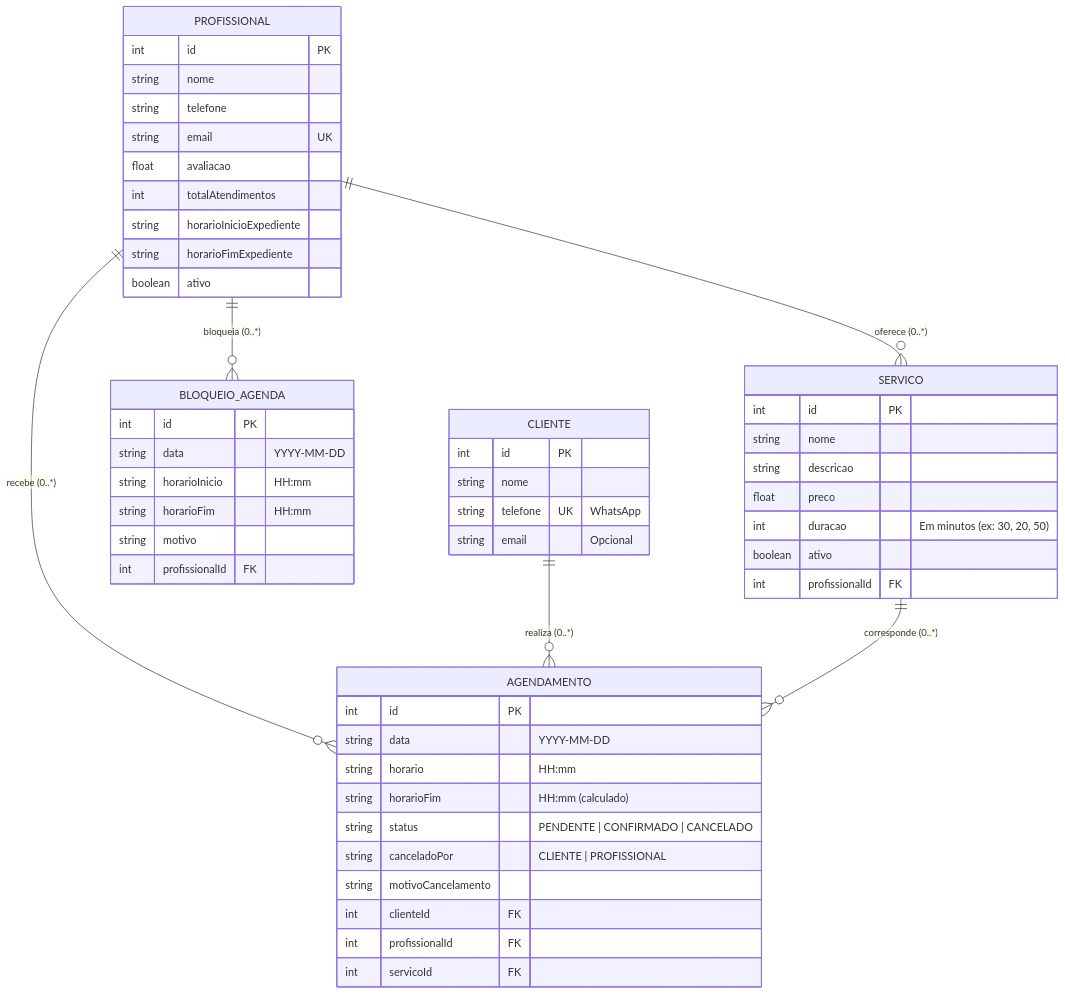
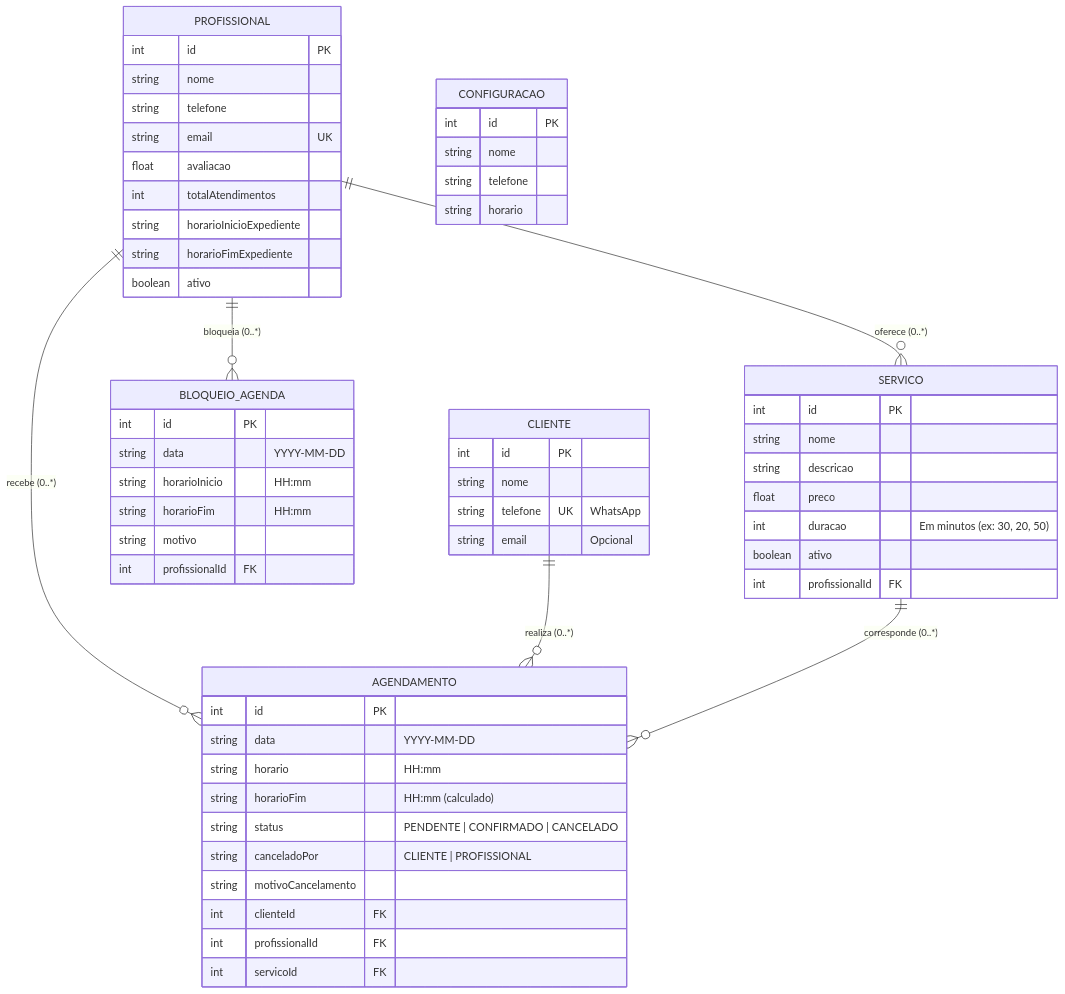
Before and after one commit to LuanZedo/Sistema_de_Agendamento: the diagram in backend/README.md, drawn with Mermaid. The commit also changed other lines of this file and 10 other files, not shown here.

````diff
--- a/backend/README.md
+++ b/backend/README.md
@@ -291,59 +310,66 @@
 ```mermaid
 erDiagram
     PROFISSIONAL ||--o{ SERVICO : "oferece (0..*)"
     PROFISSIONAL ||--o{ AGENDAMENTO : "recebe (0..*)"
     PROFISSIONAL ||--o{ BLOQUEIO_AGENDA : "bloqueia (0..*)"
     CLIENTE ||--o{ AGENDAMENTO : "realiza (0..*)"
     SERVICO ||--o{ AGENDAMENTO : "corresponde (0..*)"
 
     PROFISSIONAL {
         int id PK
         string nome
         string telefone
         string email UK
         float avaliacao
         int totalAtendimentos
         string horarioInicioExpediente
         string horarioFimExpediente
         boolean ativo
     }
 
     SERVICO {
         int id PK
         string nome
         string descricao
         float preco
         int duracao "Em minutos (ex: 30, 20, 50)"
         boolean ativo
         int profissionalId FK
     }
 
     CLIENTE {
         int id PK
         string nome
         string telefone UK "WhatsApp"
         string email "Opcional"
     }
 
     AGENDAMENTO {
         int id PK
         string data "YYYY-MM-DD"
         string horario "HH:mm"
         string horarioFim "HH:mm (calculado)"
         string status "PENDENTE | CONFIRMADO | CANCELADO"
         string canceladoPor "CLIENTE | PROFISSIONAL"
         string motivoCancelamento
         int clienteId FK
         int profissionalId FK
         int servicoId FK
     }
 
     BLOQUEIO_AGENDA {
         int id PK
         string data "YYYY-MM-DD"
         string horarioInicio "HH:mm"
         string horarioFim "HH:mm"
         string motivo
         int profissionalId FK
     }
+
+    CONFIGURACAO {
+        int id PK
+        string nome
+        string telefone
+        string horario
+    }
 ```
````
